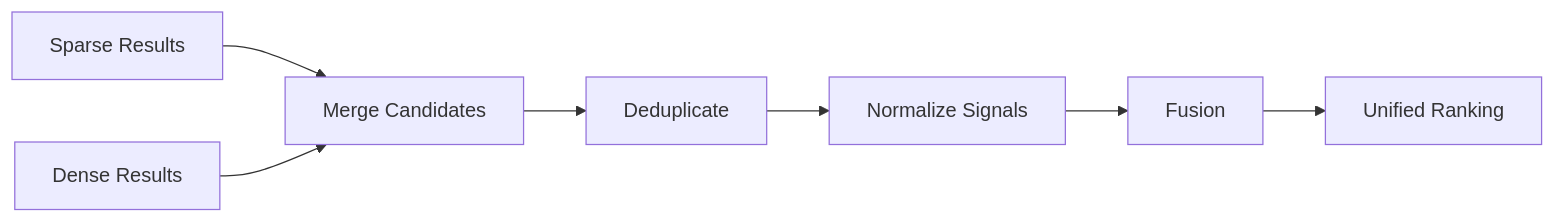
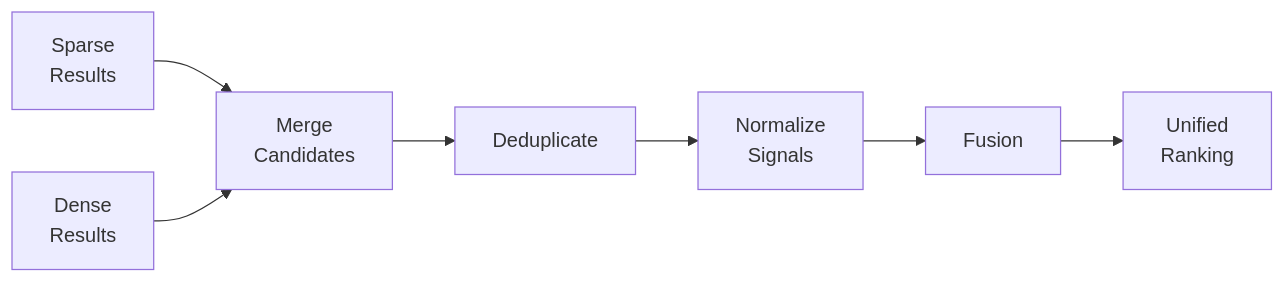
The fifth of 14 diagrams in docs/architecture-insights/genai-and-rag/3.4_engineering_hybrid_retrieval_sparse_dense.md (MihirKJha/enterprise-ai-blog), drawn with Mermaid before and after one commit. The commit also changed other lines of this file, not shown here.

First line of the commit message:
Updated 3.5_architecting_multi_stage_retrieval_from_recall_to_precision.md

````diff
--- a/docs/architecture-insights/genai-and-rag/3.4_engineering_hybrid_retrieval_sparse_dense.md
+++ b/docs/architecture-insights/genai-and-rag/3.4_engineering_hybrid_retrieval_sparse_dense.md
@@ -174,9 +174,9 @@
 ```mermaid
 graph LR
-    S[Sparse Results] --> M[Merge Candidates]
-    D[Dense Results] --> M
+    S[Sparse<br/>Results] --> M[Merge<br/>Candidates]
+    D[Dense<br/>Results] --> M
     M --> U[Deduplicate]
-    U --> N[Normalize Signals]
+    U --> N[Normalize<br/>Signals]
     N --> F[Fusion]
-    F --> R[Unified Ranking]
+    F --> R[Unified<br/>Ranking]
 ```
````
